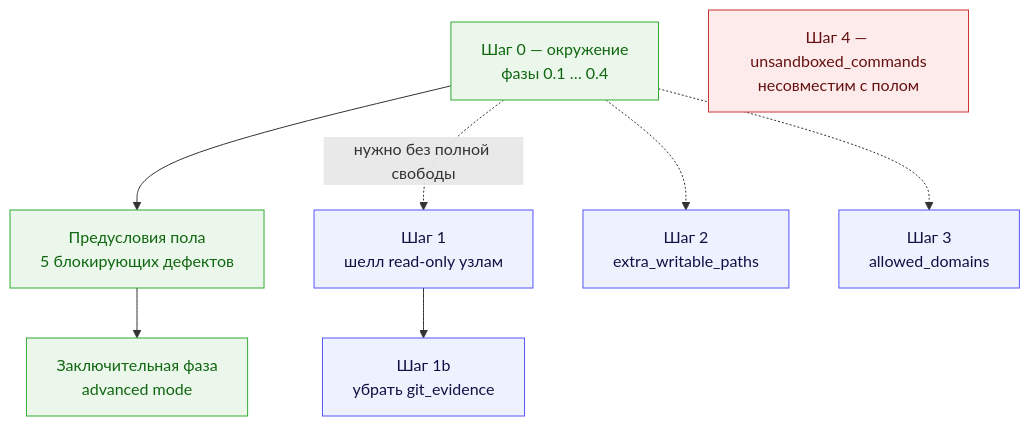
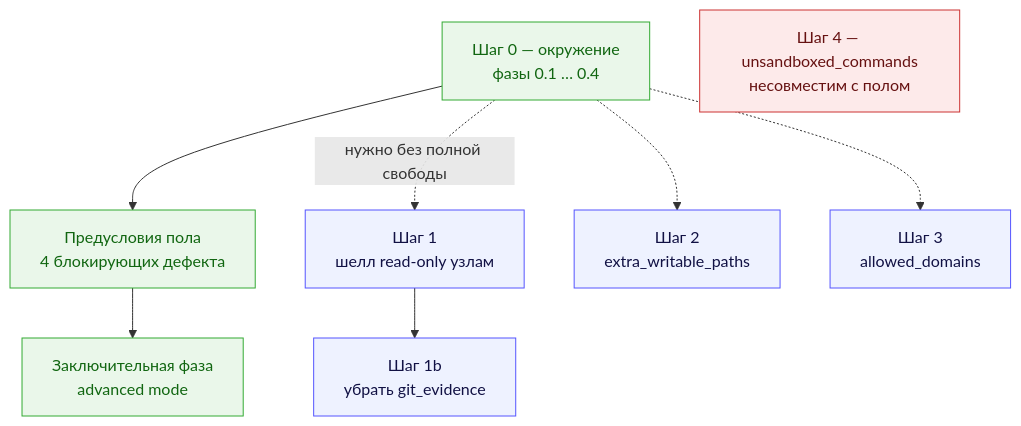
The first of 2 diagrams in docs/backlog/full-tool-access/README.md (VladimirMakarevich/wastech-orchestrator), drawn with Mermaid before and after one commit. The commit also changed other lines of this file and 2 other files, not shown here.

````diff
--- a/docs/backlog/full-tool-access/README.md
+++ b/docs/backlog/full-tool-access/README.md
@@ -25,16 +26,16 @@
 ```mermaid
 flowchart TD
-    S0["Шаг 0 — окружение<br/>фазы 0.1 … 0.4"] --> P["Предусловия пола<br/>5 блокирующих дефектов"]
+    S0["Шаг 0 — окружение<br/>фазы 0.1 … 0.4"] --> P["Предусловия пола<br/>4 блокирующих дефекта"]
     P --> AM["Заключительная фаза<br/>advanced mode"]
     S0 -.->|"нужно без полной свободы"| S1["Шаг 1<br/>шелл read-only узлам"]
     S1 --> S1b["Шаг 1b<br/>убрать git_evidence"]
     S0 -.-> S2["Шаг 2<br/>extra_writable_paths"]
     S0 -.-> S3["Шаг 3<br/>allowed_domains"]
     S4["Шаг 4 — unsandboxed_commands<br/>несовместим с полом"]
     classDef work fill:#eaf7ea,stroke:#3a3,color:#161
     classDef opt fill:#eef2ff,stroke:#55f,color:#114
     classDef danger fill:#fdeaea,stroke:#c33,color:#611
     class S0,P,AM work
     class S1,S1b,S2,S3 opt
     class S4 danger
 ```
````
